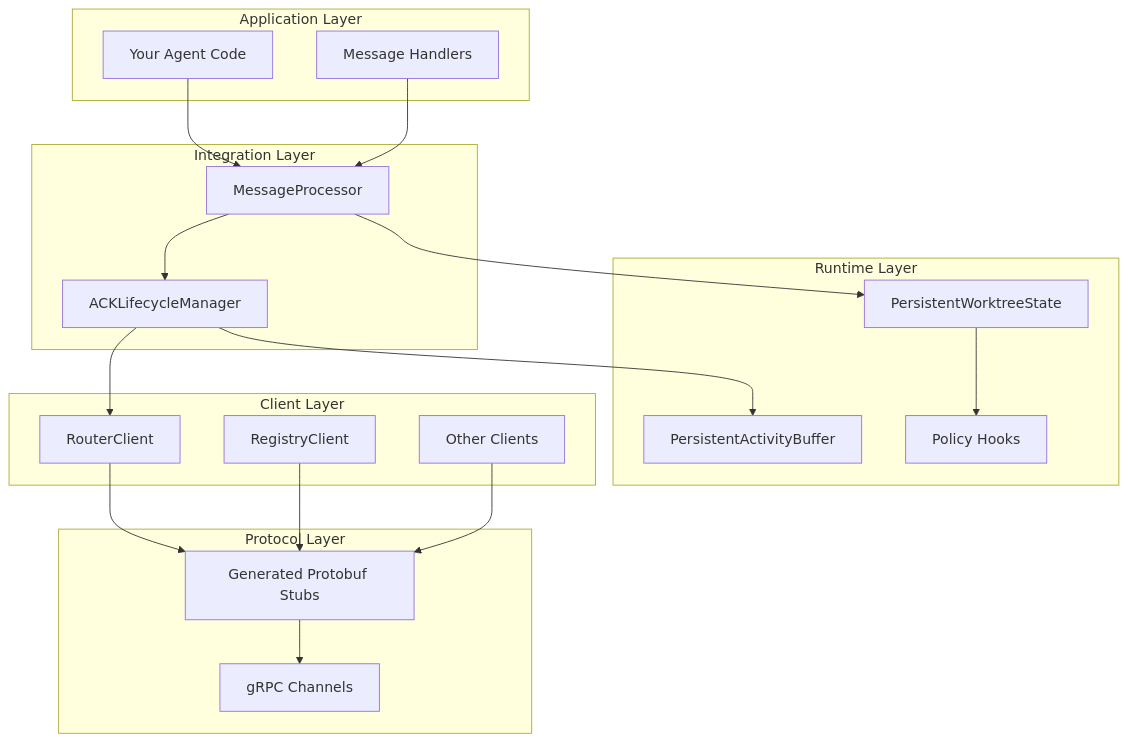
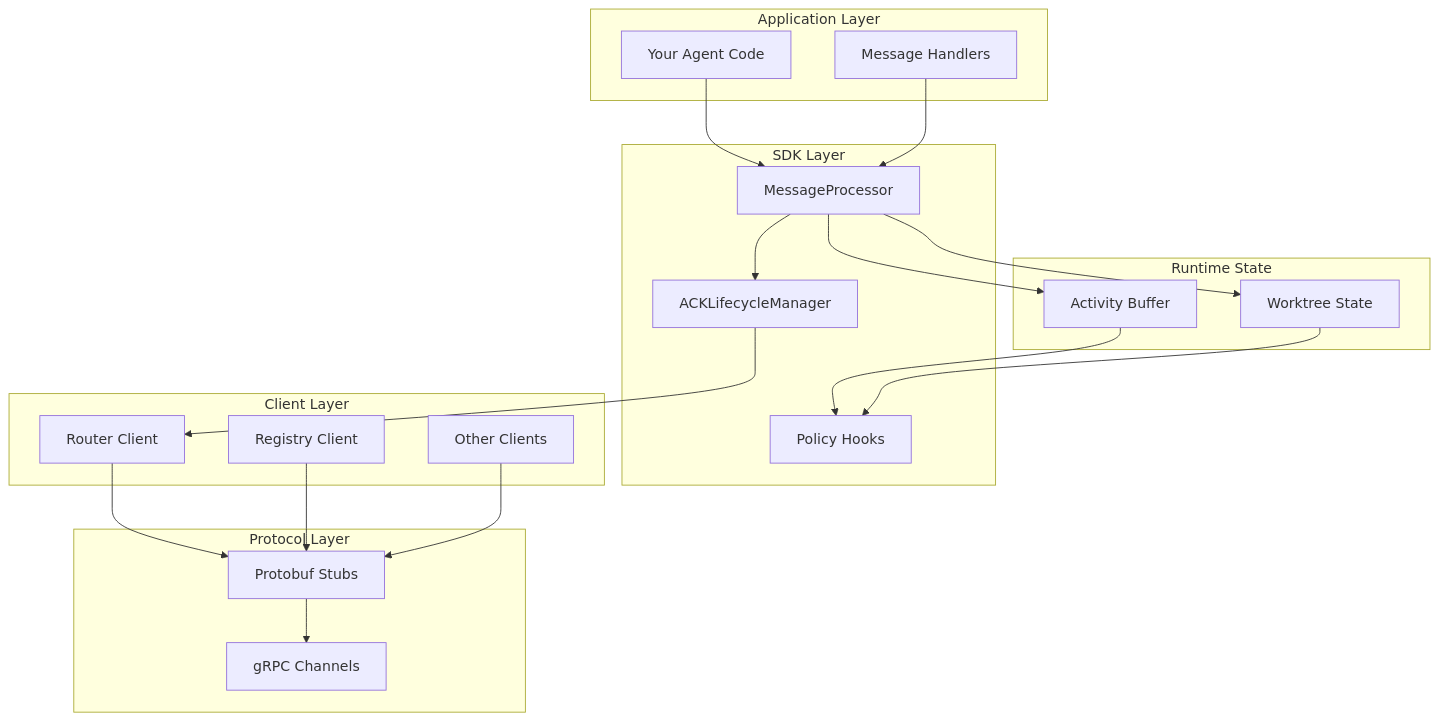
One commit to rahulrajaram/sw4rm changed the first of 3 diagrams in documentation/architecture/index.md. Above: the diagram before and after it, drawn with Mermaid. The commit also changed other lines of this file and 2 other files, not shown here.

Commit message:
docs(architecture): rewrite and diagram functionality; improve technical precision

````diff
--- a/documentation/architecture/index.md
+++ b/documentation/architecture/index.md
@@ -9,41 +9,42 @@
 ```mermaid
 graph TB
     subgraph "Application Layer"
         A[Your Agent Code]
         B[Message Handlers]
     end
-    
-    subgraph "Integration Layer"  
+
+    subgraph "SDK Layer"  
         C[MessageProcessor]
         D[ACKLifecycleManager]
+        E[Policy Hooks]
     end
-    
-    subgraph "Runtime Layer"
-        E[PersistentActivityBuffer]
-        F[PersistentWorktreeState]
-        G[Policy Hooks]
+
+    subgraph "Runtime State"
+        F[Activity Buffer]
+        G[Worktree State]
     end
-    
+
     subgraph "Client Layer"
-        H[RouterClient]
-        I[RegistryClient]
+        H[Router Client]
+        I[Registry Client]
         J[Other Clients]
     end
-    
+
     subgraph "Protocol Layer"
-        K[Generated Protobuf Stubs]
+        K[Protobuf Stubs]
         L[gRPC Channels]
     end
-    
+
     A --> C
     B --> C
     C --> D
-    D --> E
+    C --> F
+    C --> G
     D --> H
-    C --> F
-    F --> G
+    F --> E
+    G --> E
     H --> K
     I --> K
     J --> K
     K --> L
 ```
````
